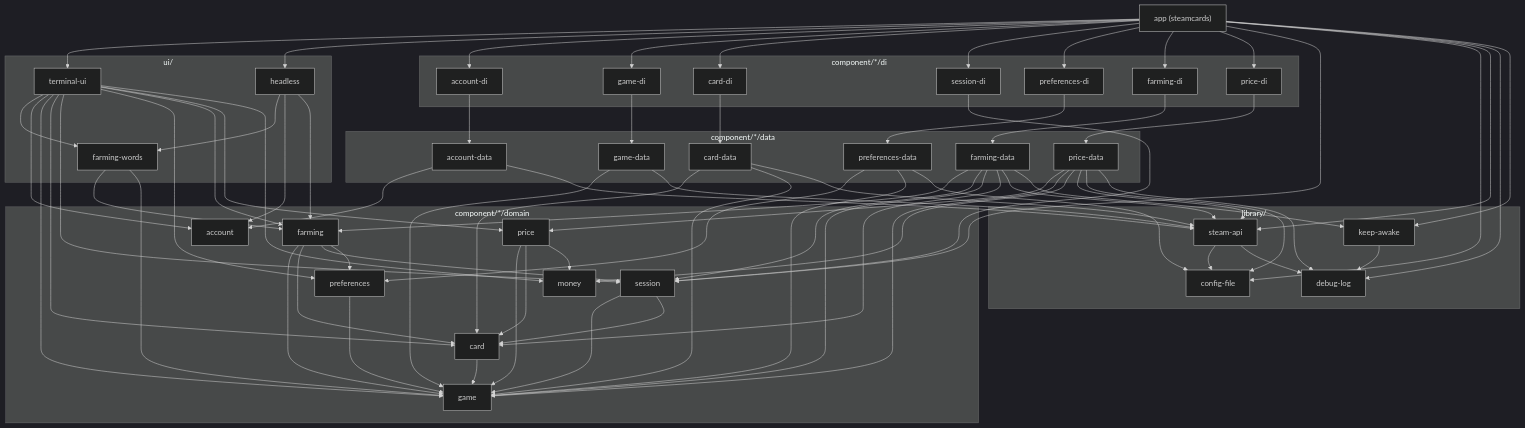
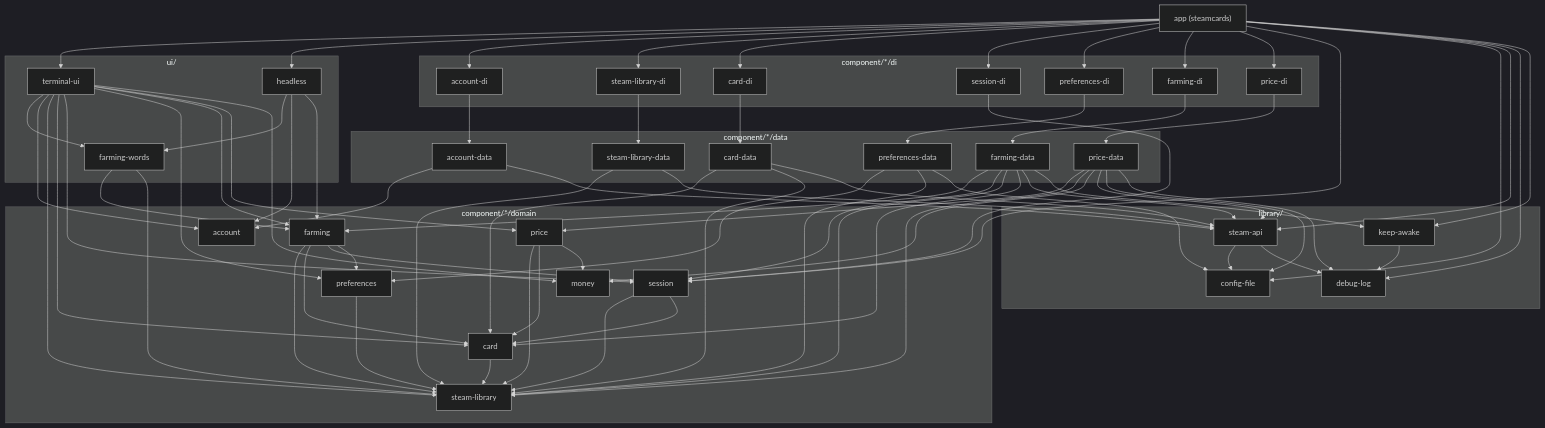
The diagram in docs/architecture.md (joshgallantt/steamcards), drawn with Mermaid (dark theme) before and after one commit. The commit also changed other lines of this file and 171 other files, not shown here.

First line of the commit message:
Name the game component for what it holds: the Steam library

````diff
--- a/docs/architecture.md
+++ b/docs/architecture.md
@@ -413,72 +413,72 @@
 ```mermaid
 graph TD
     APP["app (steamcards)"]
 
     subgraph UI["ui/"]
         TUI[terminal-ui]
         HL[headless]
         FW[farming-words]
     end
 
     subgraph DI["component/*/di"]
         ADI[account-di]
-        GDI[game-di]
+        LDI[steam-library-di]
         CDI[card-di]
         SDI[session-di]
         PDI[preferences-di]
         FDI[farming-di]
         PRDI[price-di]
     end
 
     subgraph DATA["component/*/data"]
         AD[account-data]
-        GD[game-data]
+        LD[steam-library-data]
         CD[card-data]
         PD[preferences-data]
         FD[farming-data]
         PRD[price-data]
     end
 
     subgraph DOMAIN["component/*/domain"]
         MON[money]
         ACC[account]
-        GAME[game]
+        LIB[steam-library]
         CARD[card]
         SES[session]
         PREF[preferences]
         FARM[farming]
         PRICE[price]
     end
 
     subgraph LIBS["library/"]
         SA[steam-api]
         CF[config-file]
         DL[debug-log]
         KA[keep-awake]
     end
 
-    APP --> TUI & HL & ADI & GDI & CDI & SDI & PDI & FDI & PRDI & SES & CF & SA & DL & KA
-    TUI --> FW & ACC & GAME & CARD & SES & PREF & FARM & PRICE & MON
+    APP --> TUI & HL & ADI & LDI & CDI & SDI & PDI & FDI & PRDI & SES & CF & SA & DL & KA
+    TUI --> FW & ACC & LIB & CARD & SES & PREF & FARM & PRICE & MON
     HL --> FW & ACC & FARM
-    FW --> FARM & GAME
+    FW --> FARM & LIB
     ADI --> AD
-    GDI --> GD
+    LDI --> LD
     CDI --> CD
     PDI --> PD
     FDI --> FD
     SDI --> SES
     PRDI --> PRD
     AD --> ACC & SA
-    GD --> GAME & SA
-    CD --> CARD & GAME & SA
-    PD --> PREF & GAME & CF
-    FD --> FARM & SES & GAME & CARD & SA & KA
-    PRD --> PRICE & GAME & MON & SA & CF & DL
-    CARD --> GAME
-    PREF --> GAME
-    SES --> GAME & CARD
-    FARM --> GAME & CARD & SES & PREF
-    PRICE --> GAME & CARD & MON
+    LD --> LIB & SA
+    CD --> CARD & LIB & SA
+    PD --> PREF & LIB & CF
+    FD --> FARM & SES & LIB & CARD & SA & KA
+    PRD --> PRICE & LIB & MON & SA & CF & DL
+    CARD --> LIB
+    PREF --> LIB
+    SES --> LIB & CARD
+    FARM --> LIB & CARD & SES & PREF
+    PRICE --> LIB & CARD & MON
     SA --> CF & DL
     KA --> DL
 ```
````
